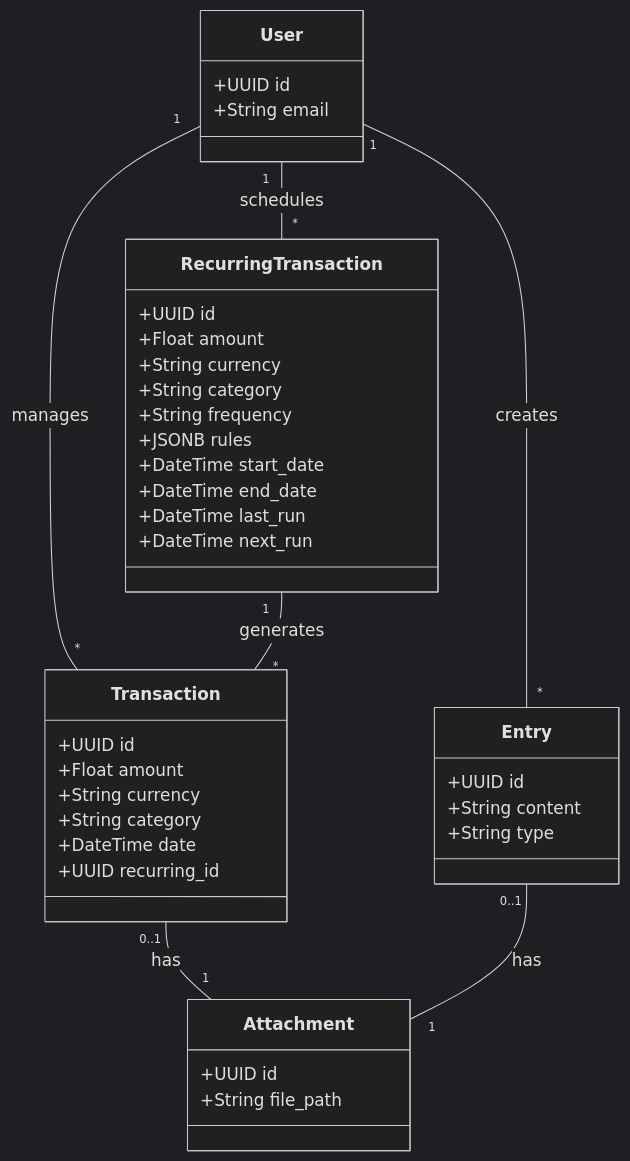
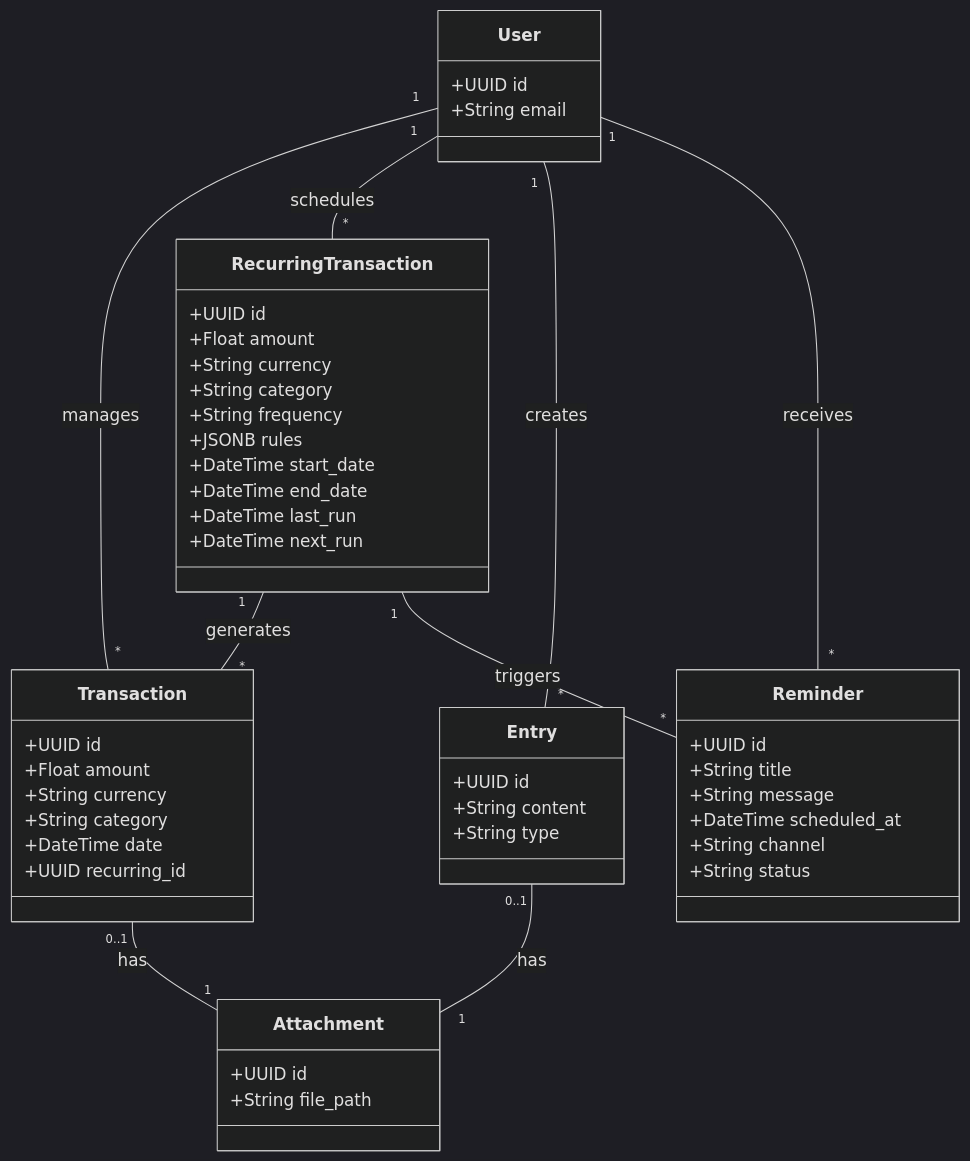
Before and after one commit to ai-agent-ship-it/life-manager: the third of 3 diagrams in USE_CASES.md, drawn with Mermaid (dark theme). The commit also changed other lines of this file and 1 other file, not shown here.

Commit message:
Link recurring transactions to reminders and notifications

````diff
--- a/USE_CASES.md
+++ b/USE_CASES.md
@@ -77,47 +78,58 @@
 ```mermaid
 classDiagram
     class User {
         +UUID id
         +String email
     }
 
     class Transaction {
         +UUID id
         +Float amount
         +String currency
         +String category
         +DateTime date
         +UUID recurring_id
     }
 
     class RecurringTransaction {
         +UUID id
         +Float amount
         +String currency
         +String category
         +String frequency
         +JSONB rules
         +DateTime start_date
         +DateTime end_date
         +DateTime last_run
         +DateTime next_run
     }
 
     class Entry {
         +UUID id
         +String content
         +String type
     }
 
     class Attachment {
         +UUID id
         +String file_path
     }
 
+    class Reminder {
+        +UUID id
+        +String title
+        +String message
+        +DateTime scheduled_at
+        +String channel
+        +String status
+    }
+
     User "1" -- "*" Transaction : manages
     User "1" -- "*" RecurringTransaction : schedules
     User "1" -- "*" Entry : creates
+    User "1" -- "*" Reminder : receives
     Transaction "0..1" -- "1" Attachment : has
     Entry "0..1" -- "1" Attachment : has
     RecurringTransaction "1" -- "*" Transaction : generates
+    RecurringTransaction "1" -- "*" Reminder : triggers
 ```
````
